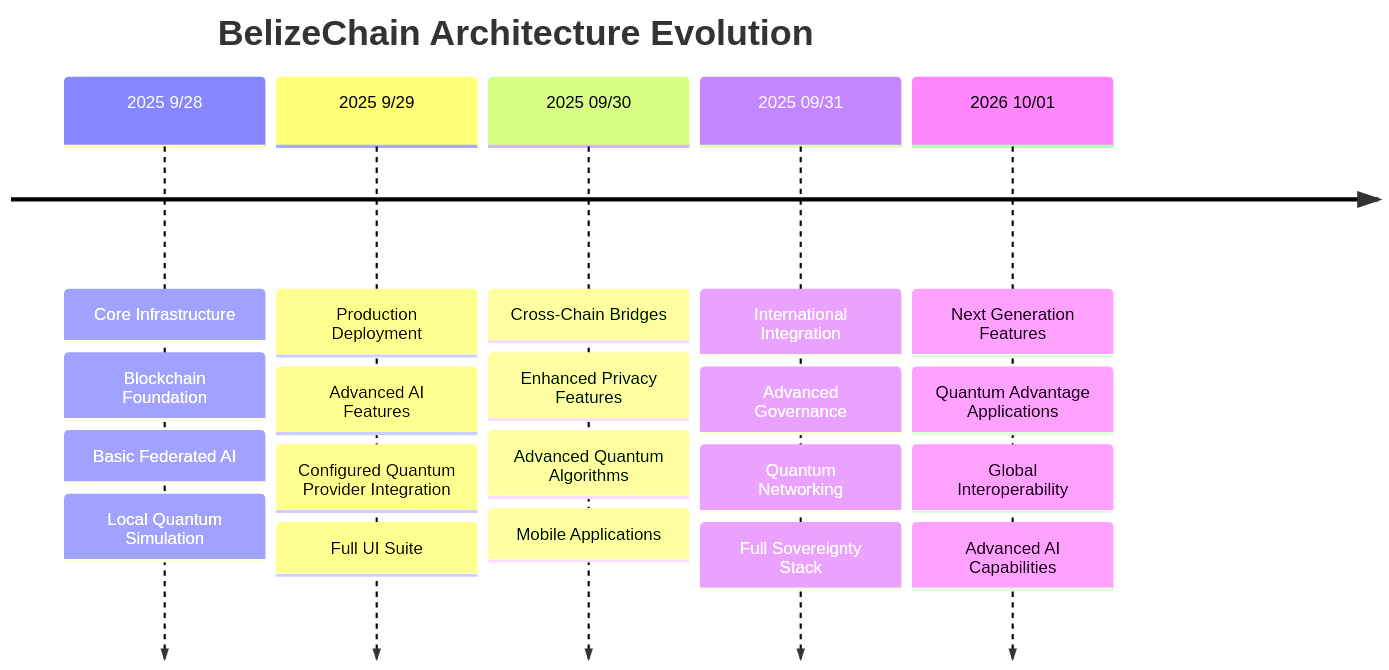
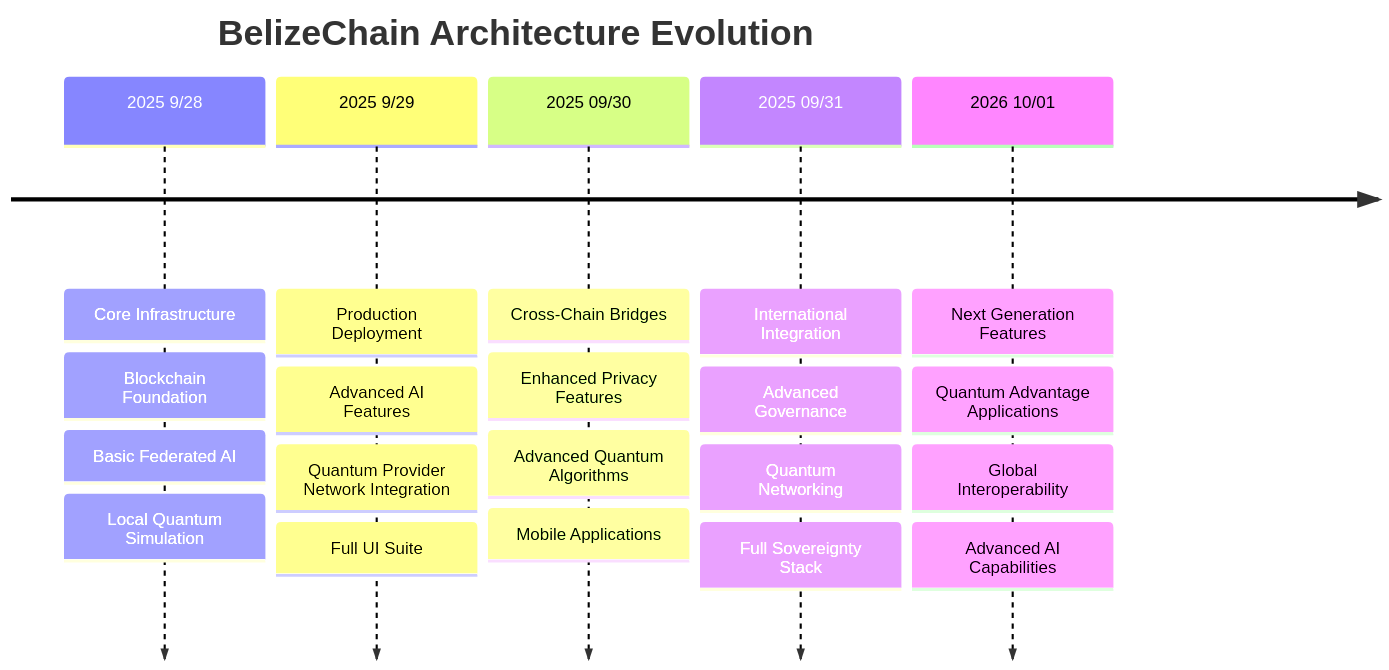
The second of 2 diagrams in docs/technical-reference/architecture.md (BelizeChain/belizechain), drawn with Mermaid before and after one commit. The commit also changed other lines of this file and 45 other files, not shown here.

````diff
--- a/docs/technical-reference/architecture.md
+++ b/docs/technical-reference/architecture.md
@@ -403,29 +403,29 @@
 ```mermaid
 timeline
     title BelizeChain Architecture Evolution
     
     2025 9/28 : Core Infrastructure
              : Blockchain Foundation
              : Basic Federated AI
              : Local Quantum Simulation
              
     2025 9/29 : Production Deployment
              : Advanced AI Features
-             : Configured Quantum Provider Integration
+             : Quantum Provider Network Integration
              : Full UI Suite
              
     2025 09/30 : Cross-Chain Bridges
              : Enhanced Privacy Features
              : Advanced Quantum Algorithms
              : Mobile Applications
              
     2025 09/31 : International Integration
              : Advanced Governance
              : Quantum Networking
              : Full Sovereignty Stack
              
     2026 10/01   : Next Generation Features
              : Quantum Advantage Applications
              : Global Interoperability
              : Advanced AI Capabilities
 ```
````
